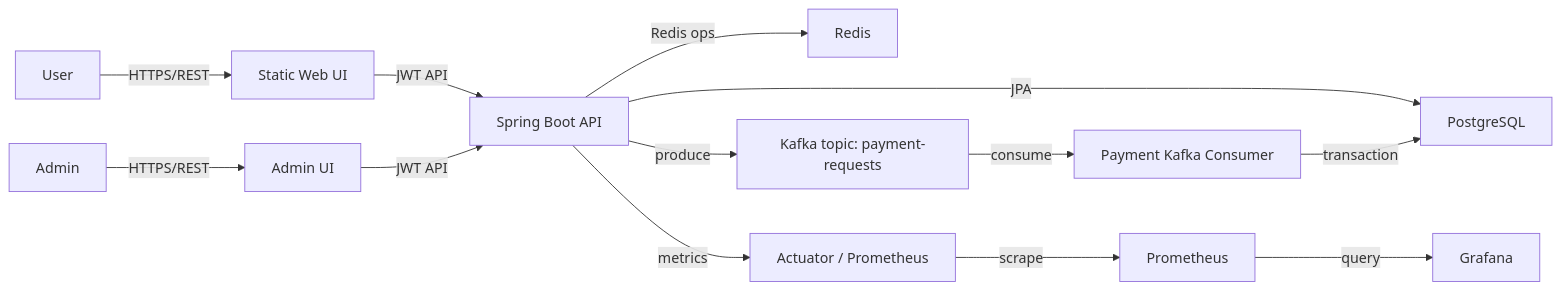
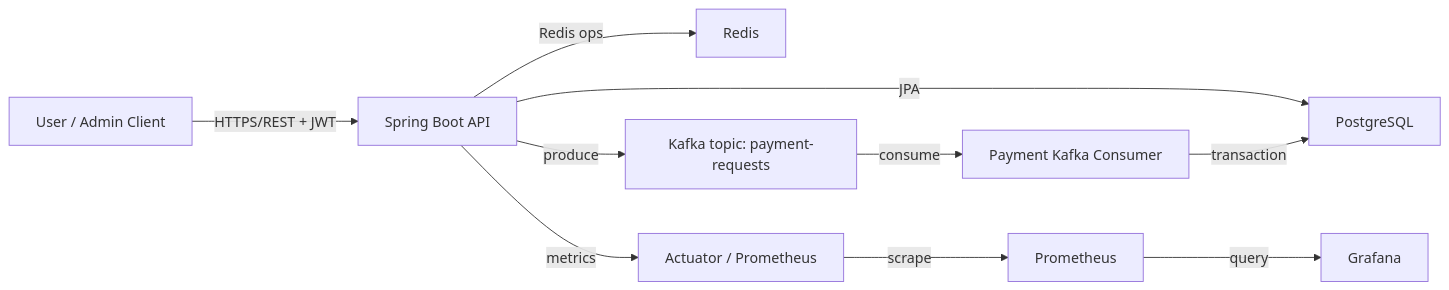
One commit to hyosikKim98/Ticketing-server changed the diagram in docs/architecture.md. Above: the diagram before and after it, drawn with Mermaid. The commit also changed other lines of this file, not shown here.

````diff
--- a/docs/architecture.md
+++ b/docs/architecture.md
@@ -3,15 +3,12 @@
 ```mermaid
 flowchart LR
-    U["User"] -->|"HTTPS/REST"| WEB["Static Web UI"]
-    A["Admin"] -->|"HTTPS/REST"| ADMIN["Admin UI"]
-    WEB -->|"JWT API"| API["Spring Boot API"]
-    ADMIN -->|"JWT API"| API
+    C["User / Admin Client"] -->|"HTTPS/REST + JWT"| API["Spring Boot API"]
     API -->|"JPA"| PG["PostgreSQL"]
     API -->|"Redis ops"| REDIS["Redis"]
     API -->|"produce"| KAFKA["Kafka topic: payment-requests"]
     KAFKA -->|"consume"| CONSUMER["Payment Kafka Consumer"]
     CONSUMER -->|"transaction"| PG
     API -->|"metrics"| ACT["Actuator / Prometheus"]
     ACT -->|"scrape"| PROM["Prometheus"]
     PROM -->|"query"| GRAF["Grafana"]
 ```
````
